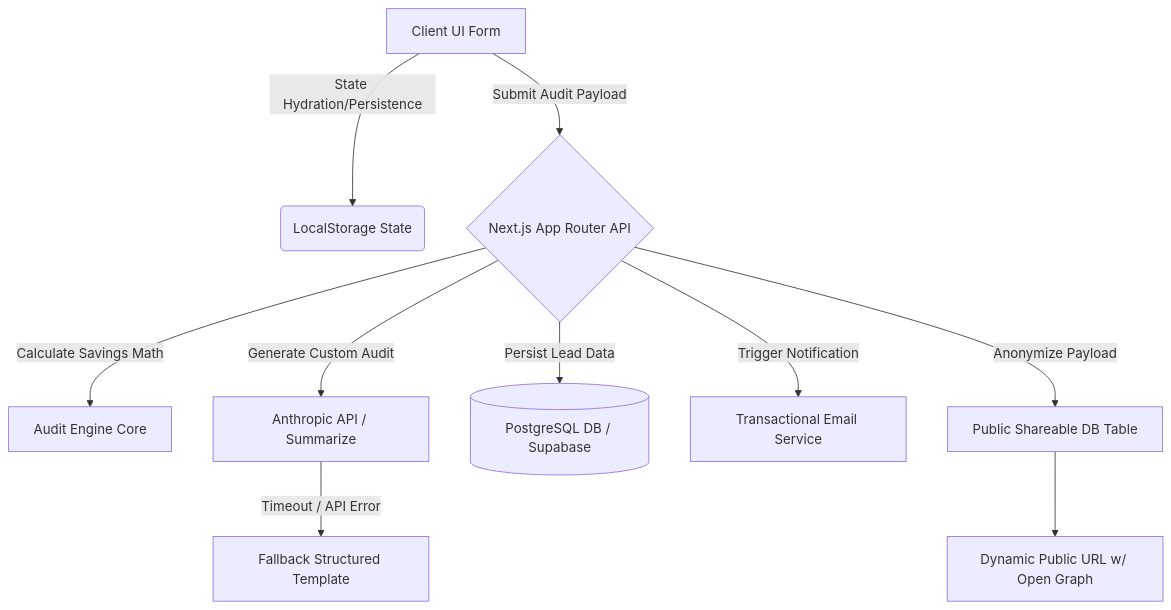
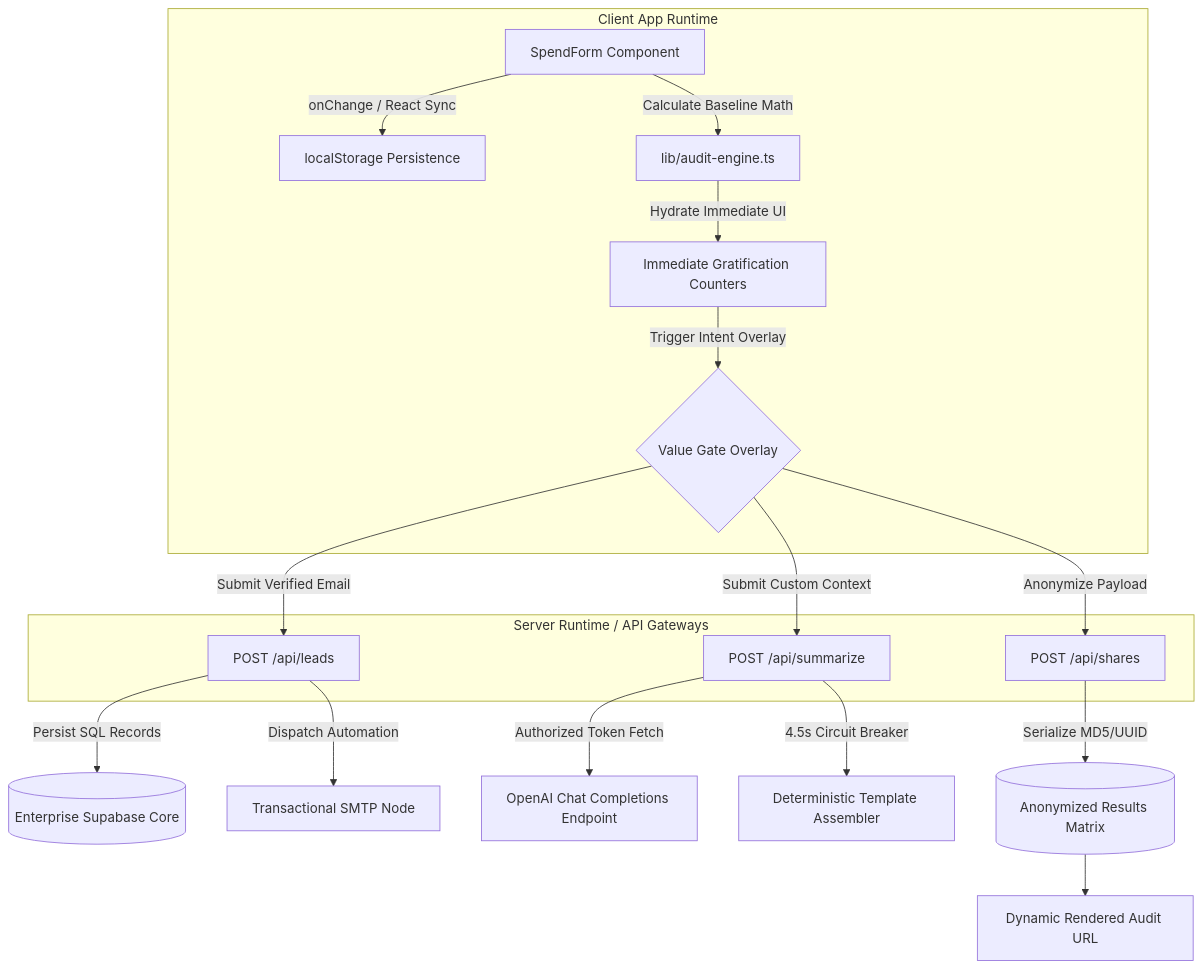
Before and after one commit to Karanlohar2004/Audit: the diagram in ARCHITECTURE.md, drawn with Mermaid. The commit also changed other lines of this file and 16 other files, not shown here.

````diff
--- a/ARCHITECTURE.md
+++ b/ARCHITECTURE.md
@@ -6,12 +7,27 @@
 ```mermaid
 graph TD
-    A[Client UI Form] -->|State Hydration/Persistence| B(LocalStorage State)
-    A -->|Submit Audit Payload| C{Next.js App Router API}
-    C -->|Calculate Savings Math| D[Audit Engine Core]
-    C -->|Generate Custom Audit| E[Anthropic API / Summarize]
-    E -->|Timeout / API Error| F[Fallback Structured Template]
-    C -->|Persist Lead Data| G[(PostgreSQL DB / Supabase)]
-    C -->|Trigger Notification| H[Transactional Email Service]
-    C -->|Anonymize Payload| I[Public Shareable DB Table]
-    I --> J[Dynamic Public URL w/ Open Graph]
+    %% Frontend Interaction Layer
+    subgraph Client App Runtime
+        UI[SpendForm Component] -->|onChange / React Sync| L[localStorage Persistence]
+        UI -->|Calculate Baseline Math| Engine[lib/audit-engine.ts]
+        Engine -->|Hydrate Immediate UI| Counters[Immediate Gratification Counters]
+        Counters -->|Trigger Intent Overlay| Gate{Value Gate Overlay}
+    end
+
+    %% Edge / Proxy Router Layer
+    subgraph Server Runtime / API Gateways
+        Gate -->|Submit Verified Email| LeadsAPI[POST /api/leads]
+        Gate -->|Submit Custom Context| SumAPI[POST /api/summarize]
+        Gate -->|Anonymize Payload| SharesAPI[POST /api/shares]
+    end
+
+    %% Data & Network Integrations
+    LeadsAPI -->|Persist SQL Records| DB[(Enterprise Supabase Core)]
+    LeadsAPI -->|Dispatch Automation| Mail[Transactional SMTP Node]
+    
+    SumAPI -->|Authorized Token Fetch| OpenAI[OpenAI Chat Completions Endpoint]
+    SumAPI -->|4.5s Circuit Breaker| Fallback[Deterministic Template Assembler]
+    
+    SharesAPI -->|Serialize MD5/UUID| HashStore[(Anonymized Results Matrix)]
+    HashStore --> ShareLink[Dynamic Rendered Audit URL]
 ```
````
